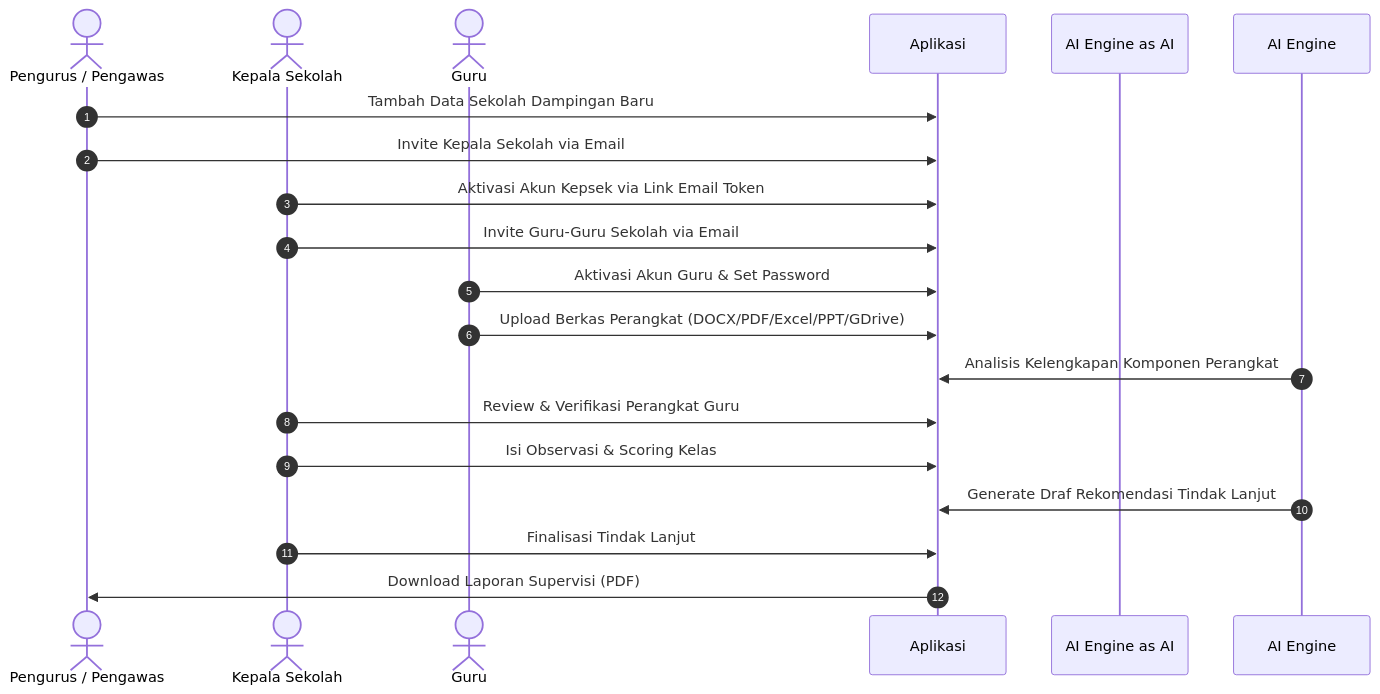
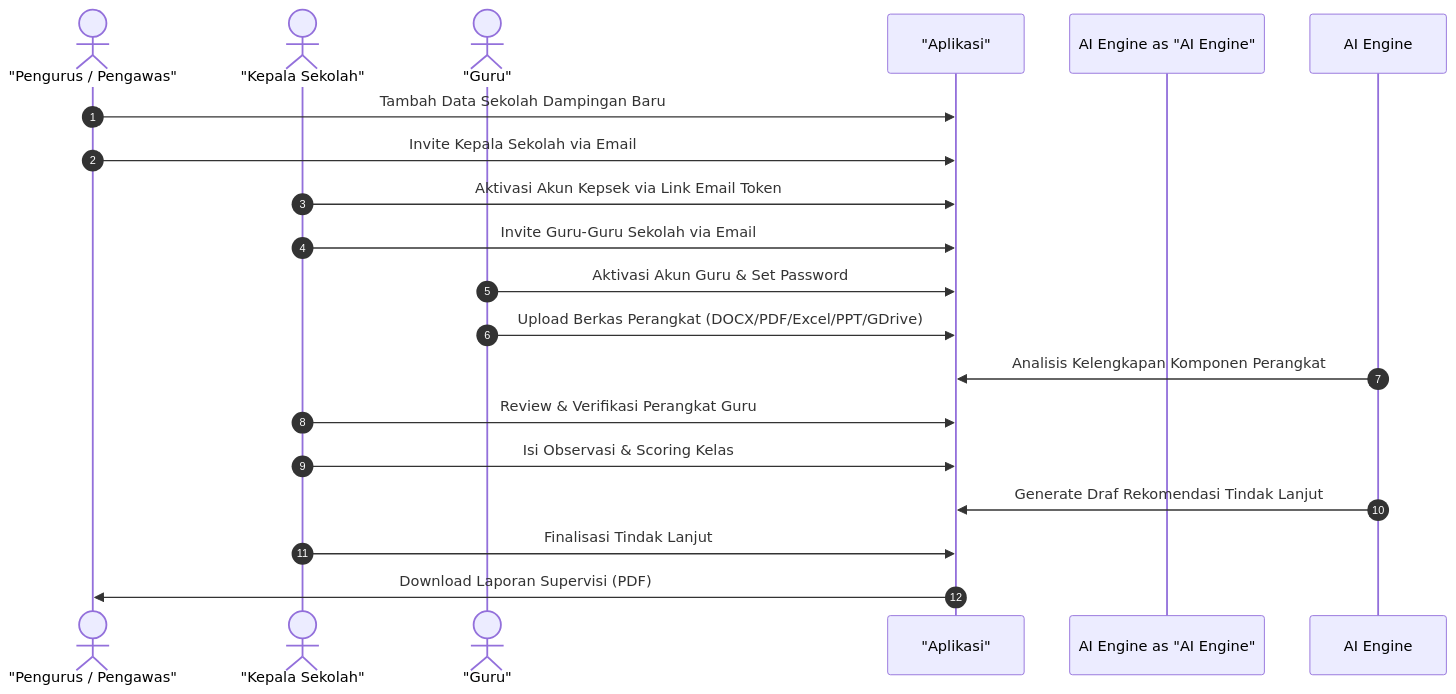
The second of 2 diagrams in docs/01-gambaran-umum-produk.md (Hnzsama/supervisi_sekolah), drawn with Mermaid before and after one commit. The commit also changed other lines of this file and 3 other files, not shown here.

Commit message:
fix(docs): perbaiki sintaks diagram Mermaid pada dokumen 01, 06, dan 13

````diff
--- a/docs/01-gambaran-umum-produk.md
+++ b/docs/01-gambaran-umum-produk.md
@@ -48,22 +48,22 @@
 ```mermaid
 sequenceDiagram
     autonumber
-    actor Pengawas as Pengurus / Pengawas
-    actor Kepsek as Kepala Sekolah
-    actor Guru
-    participant App as Aplikasi
-    participant AI Engine as AI
+    actor Pengawas as "Pengurus / Pengawas"
+    actor Kepsek as "Kepala Sekolah"
+    actor Guru as "Guru"
+    participant App as "Aplikasi"
+    participant AI Engine as "AI Engine"
 
     Pengawas->>App: Tambah Data Sekolah Dampingan Baru
     Pengawas->>App: Invite Kepala Sekolah via Email
     Kepsek->>App: Aktivasi Akun Kepsek via Link Email Token
     Kepsek->>App: Invite Guru-Guru Sekolah via Email
     Guru->>App: Aktivasi Akun Guru & Set Password
     Guru->>App: Upload Berkas Perangkat (DOCX/PDF/Excel/PPT/GDrive)
     AI Engine->>App: Analisis Kelengkapan Komponen Perangkat
     Kepsek->>App: Review & Verifikasi Perangkat Guru
     Kepsek->>App: Isi Observasi & Scoring Kelas
     AI Engine->>App: Generate Draf Rekomendasi Tindak Lanjut
     Kepsek->>App: Finalisasi Tindak Lanjut
     App->>Pengawas: Download Laporan Supervisi (PDF)
 ```
````
